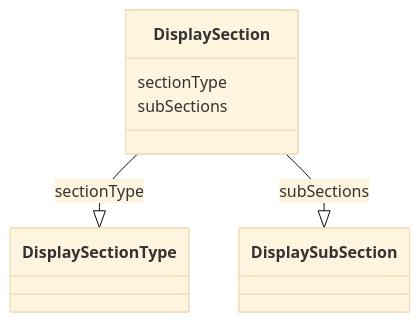
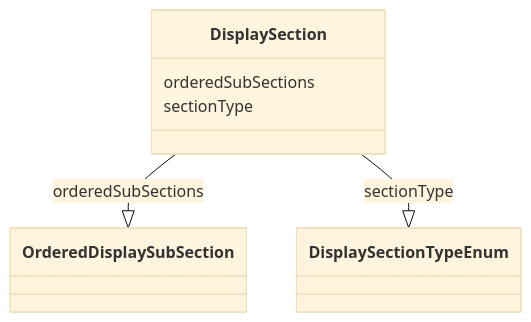
One commit to cdisc-org/analysis-results-standard changed the diagram in project/docs/DisplaySection.md. Above: the diagram before and after it, drawn with Mermaid (base theme). The commit also changed other lines of this file and 281 other files, not shown here.

````diff
--- a/project/docs/DisplaySection.md
+++ b/project/docs/DisplaySection.md
@@ -14,13 +14,13 @@
 ```mermaid
  classDiagram
     class DisplaySection
+      DisplaySection : orderedSubSections
+        
+          DisplaySection --|> OrderedDisplaySubSection : orderedSubSections
+        
       DisplaySection : sectionType
         
-          DisplaySection --|> DisplaySectionType : sectionType
-        
-      DisplaySection : subSections
-        
-          DisplaySection --|> DisplaySubSection : subSections
+          DisplaySection --|> DisplaySectionTypeEnum : sectionType
         
       
 ```
````
